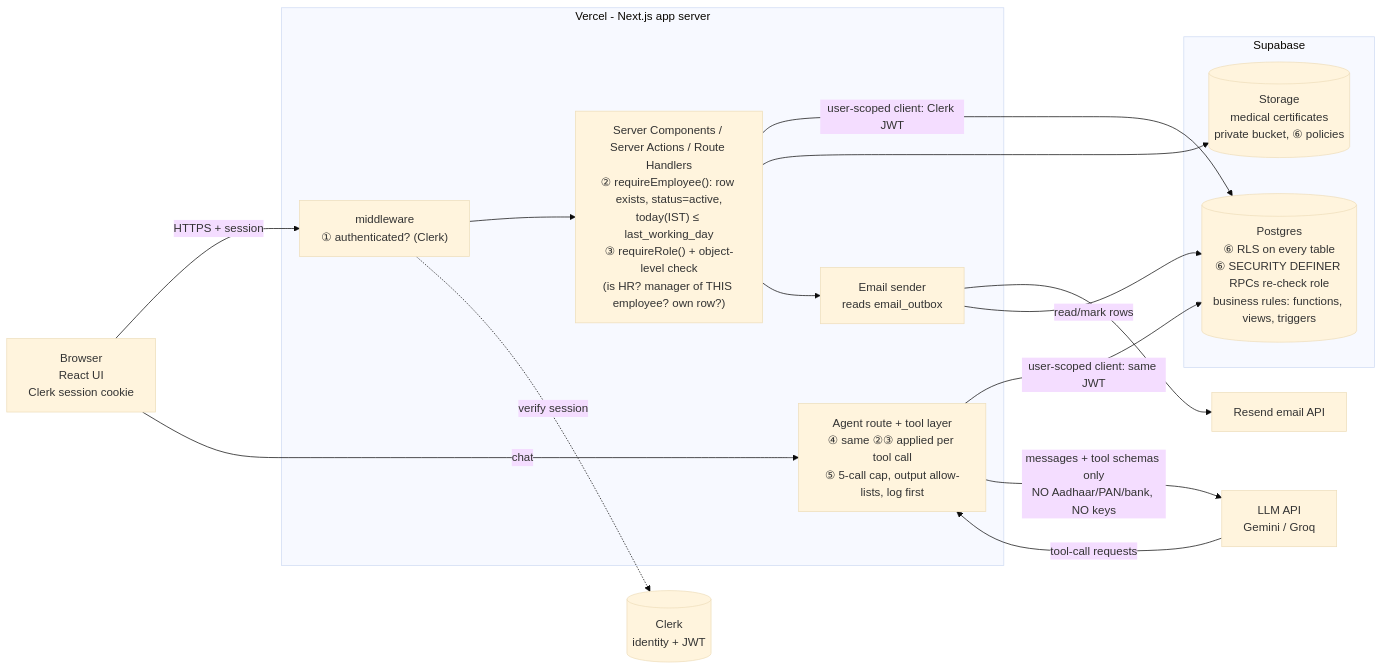
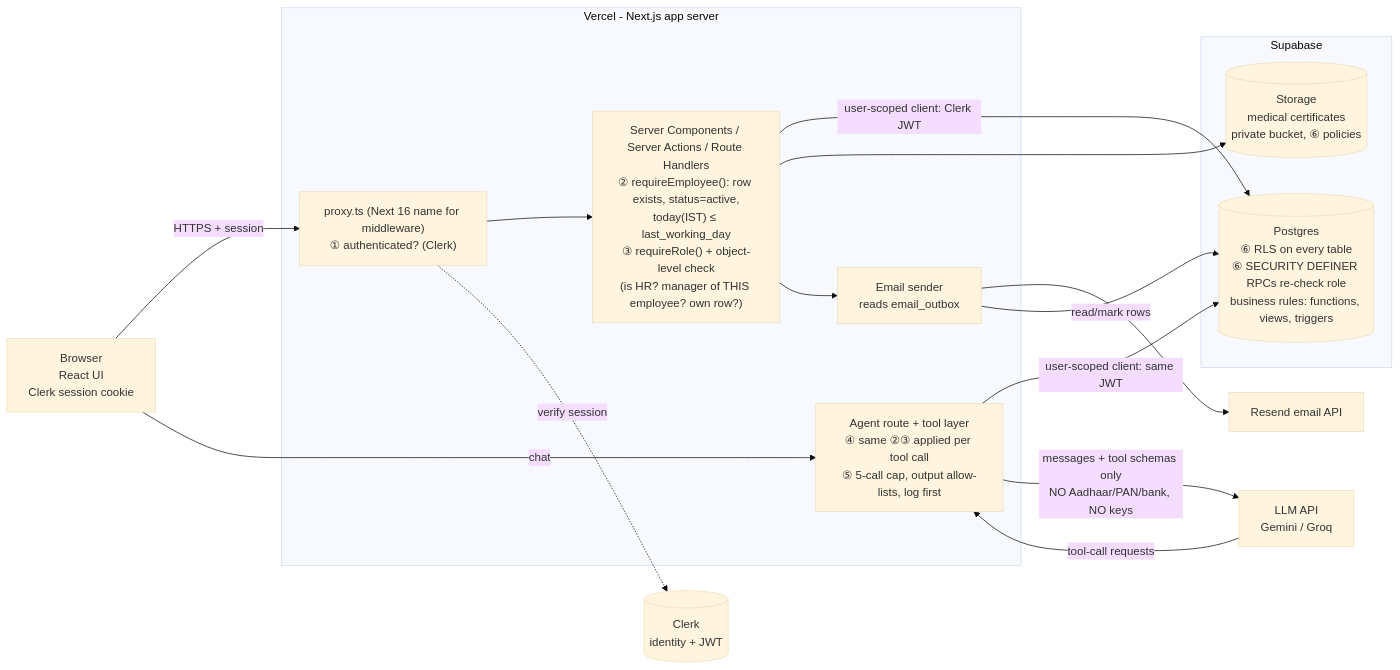
One commit to Riizwan04/HRMS changed the first of 2 diagrams in ARCHITECTURE.md. Above: the diagram before and after it, drawn with Mermaid (base theme). The commit also changed other lines of this file and 19 other files, not shown here.

````diff
--- a/ARCHITECTURE.md
+++ b/ARCHITECTURE.md
@@ -49,29 +49,29 @@
 ```mermaid
 flowchart LR
   B[Browser<br/>React UI<br/>Clerk session cookie]
   subgraph V[Vercel - Next.js app server]
-    MW["middleware<br/>① authenticated? (Clerk)"]
+    MW["proxy.ts (Next 16 name for middleware)<br/>① authenticated? (Clerk)"]
     SA["Server Components / Server Actions / Route Handlers<br/>② requireEmployee(): row exists, status=active,<br/>today(IST) ≤ last_working_day<br/>③ requireRole() + object-level check<br/>(is HR? manager of THIS employee? own row?)"]
     AG["Agent route + tool layer<br/>④ same ②③ applied per tool call<br/>⑤ 5-call cap, output allow-lists, log first"]
     EM[Email sender<br/>reads email_outbox]
   end
   C[(Clerk<br/>identity + JWT)]
   subgraph S[Supabase]
     PG[("Postgres<br/>⑥ RLS on every table<br/>⑥ SECURITY DEFINER RPCs re-check role<br/>business rules: functions, views, triggers")]
     ST[(Storage<br/>medical certificates<br/>private bucket, ⑥ policies)]
   end
   LLM[LLM API<br/>Gemini / Groq]
   R[Resend email API]
 
   B -- "HTTPS + session" --> MW --> SA
   B -- "chat" --> AG
   MW -. "verify session" .-> C
   SA -- "user-scoped client: Clerk JWT" --> PG
   AG -- "user-scoped client: same JWT" --> PG
   SA --> ST
   AG -- "messages + tool schemas only<br/>NO Aadhaar/PAN/bank, NO keys" --> LLM
   LLM -- "tool-call requests" --> AG
   SA --> EM
   EM --> R
   EM -- "read/mark rows" --> PG
 ```
````
